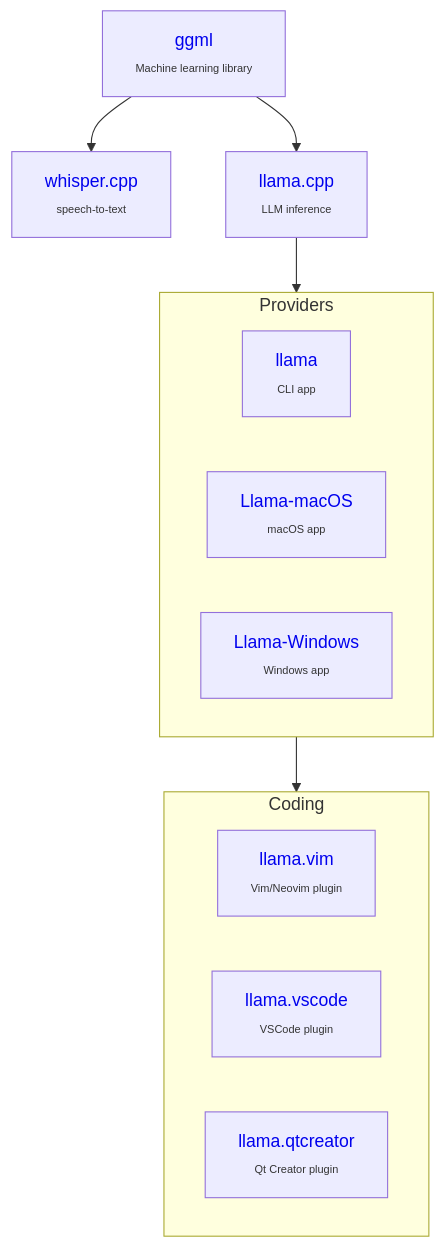
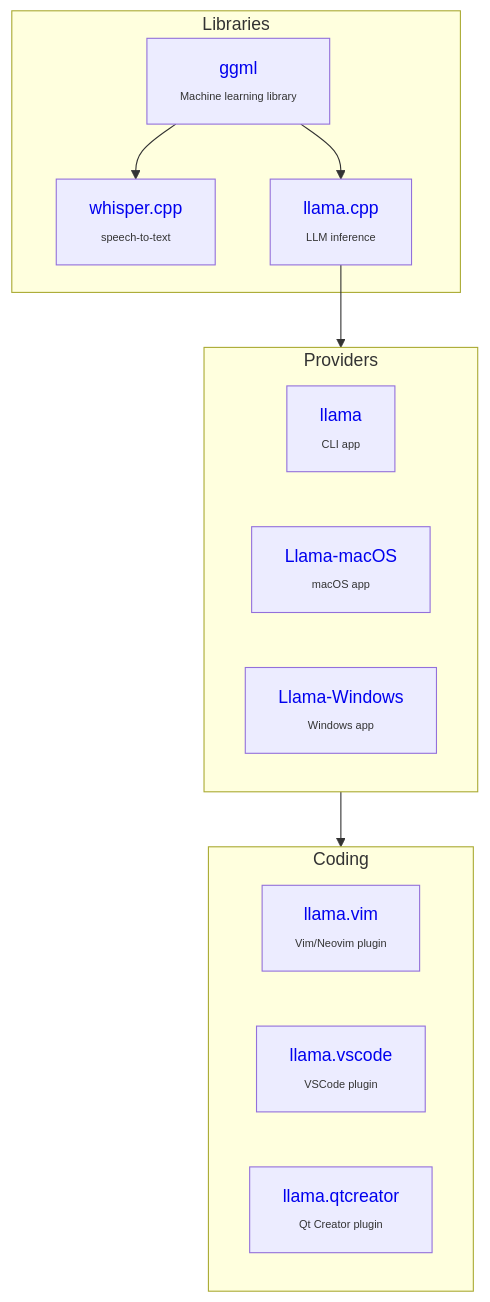
One commit to ggml-org/.github changed the diagram in profile/README.md. Above: the diagram before and after it, drawn with Mermaid.

Commit message:
diagram : update

````diff
--- a/profile/README.md
+++ b/profile/README.md
@@ -8,29 +8,35 @@
 ```mermaid
 graph TD;
 ggml --> whisper.cpp
 ggml --> llama.cpp
 llama.cpp --> providers
 providers --> coding
+
+subgraph libraries[Libraries]
+    ggml
+    llama.cpp
+    whisper.cpp
+end
 
 subgraph coding[Coding]
     llama.vim
     llama.vscode
     llama.qtcreator
 end
 
 subgraph providers[Providers]
     llama
     Llama-macOS
     Llama-Windows
 end
 
 ggml[<a href="https://github.com/ggml-org/ggml"                       style="text-decoration:none;">ggml</a>            <br><span style="font-size:10px;">Machine learning library</span>];
 whisper.cpp[<a href="https://github.com/ggml-org/whisper.cpp"         style="text-decoration:none;">whisper.cpp</a>     <br><span style="font-size:10px;">speech-to-text</span>];
 llama.cpp[<a href="https://github.com/ggml-org/llama.cpp"             style="text-decoration:none;">llama.cpp</a>       <br><span style="font-size:10px;">LLM inference</span>];
 llama.vim[<a href="https://github.com/ggml-org/llama.vim"             style="text-decoration:none;">llama.vim</a>       <br><span style="font-size:10px;">Vim/Neovim plugin</span>];
 llama.vscode[<a href="https://github.com/ggml-org/llama.vscode"       style="text-decoration:none;">llama.vscode</a>    <br><span style="font-size:10px;">VSCode plugin</span>];
 llama.qtcreator[<a href="https://github.com/ggml-org/llama.qtcreator" style="text-decoration:none;">llama.qtcreator</a> <br><span style="font-size:10px;">Qt Creator plugin</span>];
 llama[<a href="https://llama.app"                                     style="text-decoration:none;">llama</a>           <br><span style="font-size:10px;">CLI app</span>];
 Llama-macOS[<a href="https://github.com/ggml-org/Llama-macOS"         style="text-decoration:none;">Llama-macOS</a>     <br><span style="font-size:10px;">macOS app</span>];
 Llama-Windows[<a href="https://github.com/ggml-org/Llama-Windows"     style="text-decoration:none;">Llama-Windows</a>   <br><span style="font-size:10px;">Windows app</span>];
 ```
````
